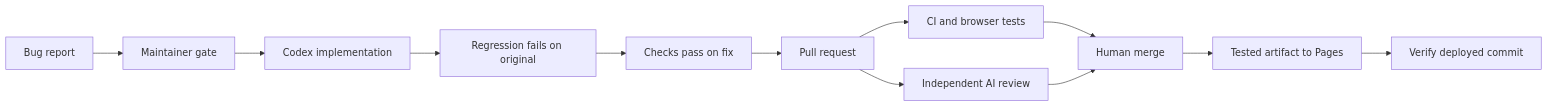
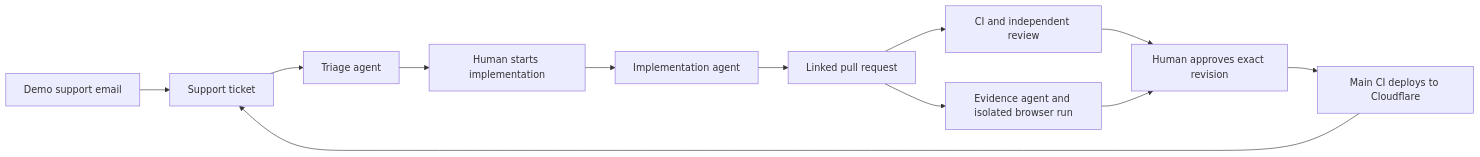
Before and after one commit to Huti-K/agentic-cicd-template: the diagram in README.md, drawn with Mermaid. The commit also changed other lines of this file and 48 other files, not shown here.

Commit message:
Build authenticated Relay support platform and GitHub agent lifecycle

````diff
--- a/README.md
+++ b/README.md
@@ -67,14 +69,14 @@
 ```mermaid
 flowchart LR
-  I[Bug report] --> G[Maintainer gate]
-  G --> A[Codex implementation]
-  A --> R[Regression fails on original]
-  R --> T[Checks pass on fix]
-  T --> P[Pull request]
-  P --> C[CI and browser tests]
-  P --> V[Independent AI review]
-  C --> H[Human merge]
-  V --> H
-  H --> D[Tested artifact to Pages]
-  D --> S[Verify deployed commit]
+  E[Demo support email] --> T[Support ticket]
+  T --> A[Triage agent]
+  A --> H[Human starts implementation]
+  H --> I[Implementation agent]
+  I --> P[Linked pull request]
+  P --> C[CI and independent review]
+  P --> V[Evidence agent and isolated browser run]
+  C --> M[Human approves exact revision]
+  V --> M
+  M --> D[Main CI deploys to Cloudflare]
+  D --> T
 ```
````
